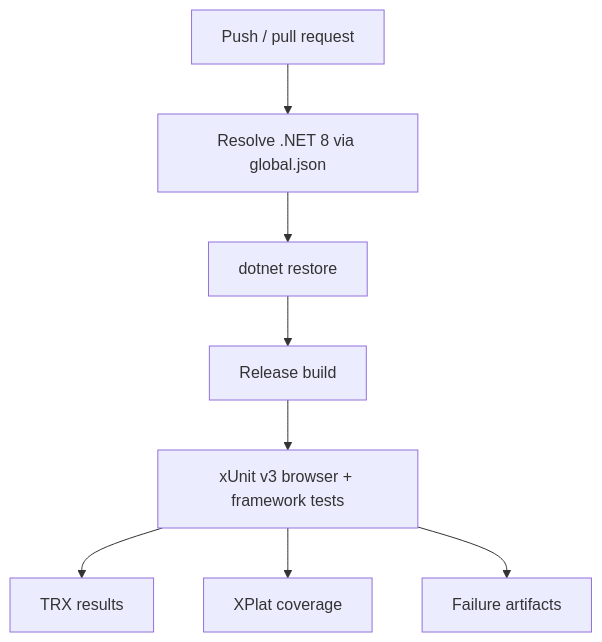
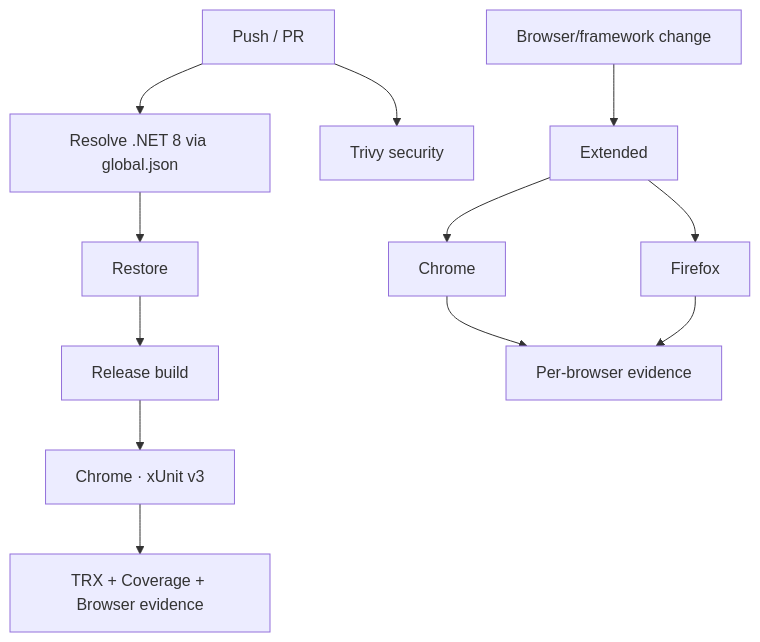
Before and after one commit to portyu9/qa-automation-dotnet-selenium: the third of 3 diagrams in README.md, drawn with Mermaid. The commit also changed other lines of this file and 3 other files, not shown here.

````diff
--- a/README.md
+++ b/README.md
@@ -229,10 +303,15 @@
 ```mermaid
 flowchart TD
-    G[Push / pull request] --> SDK[Resolve .NET 8 via global.json]
-    SDK --> R[dotnet restore]
-    R --> B[Release build]
-    B --> T[xUnit v3 browser + framework tests]
-    T --> TRX[TRX results]
-    T --> COV[XPlat coverage]
-    T --> ART[Failure artifacts]
+    PR[Push / PR] --> SDK[Resolve .NET 8 via global.json]
+    SDK --> RESTORE[Restore]
+    RESTORE --> BUILD[Release build]
+    BUILD --> TEST[Chrome · xUnit v3]
+    TEST --> TRX[TRX + Coverage + Browser evidence]
+
+    PR --> SEC[Trivy security]
+    BCHANGE[Browser/framework change] --> EXT[Extended]
+    EXT --> CH[Chrome]
+    EXT --> FF[Firefox]
+    CH --> E[Per-browser evidence]
+    FF --> E
 ```
````
